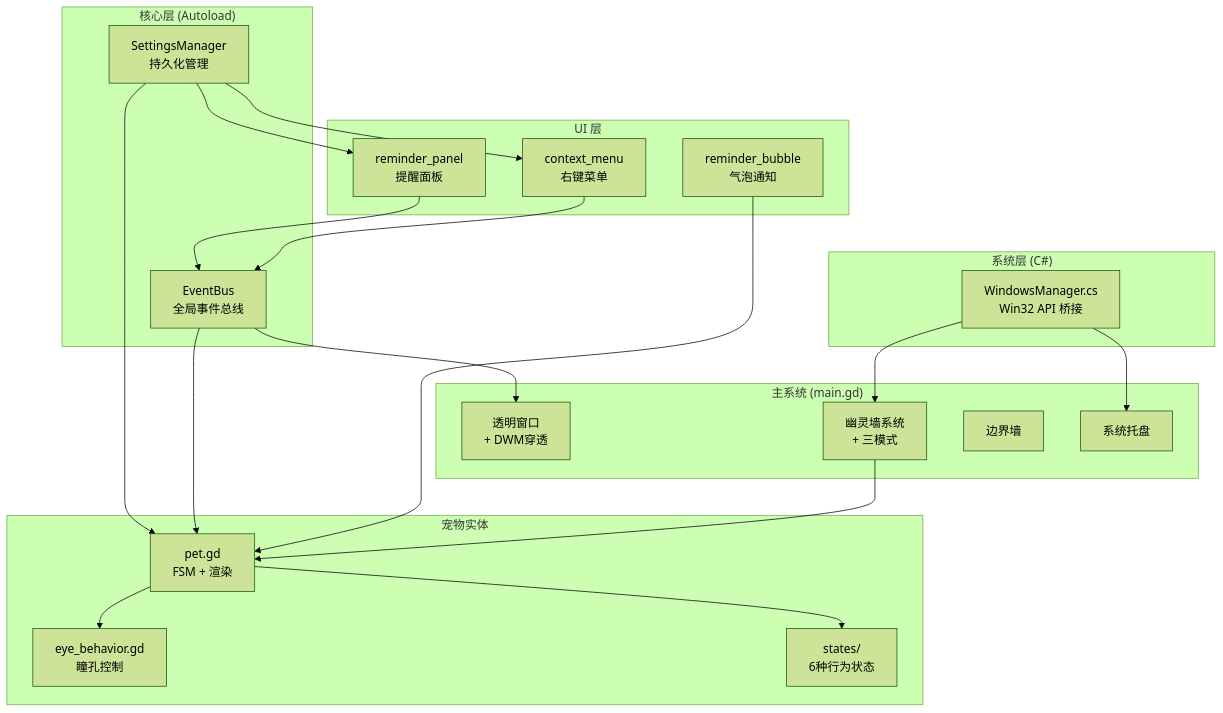
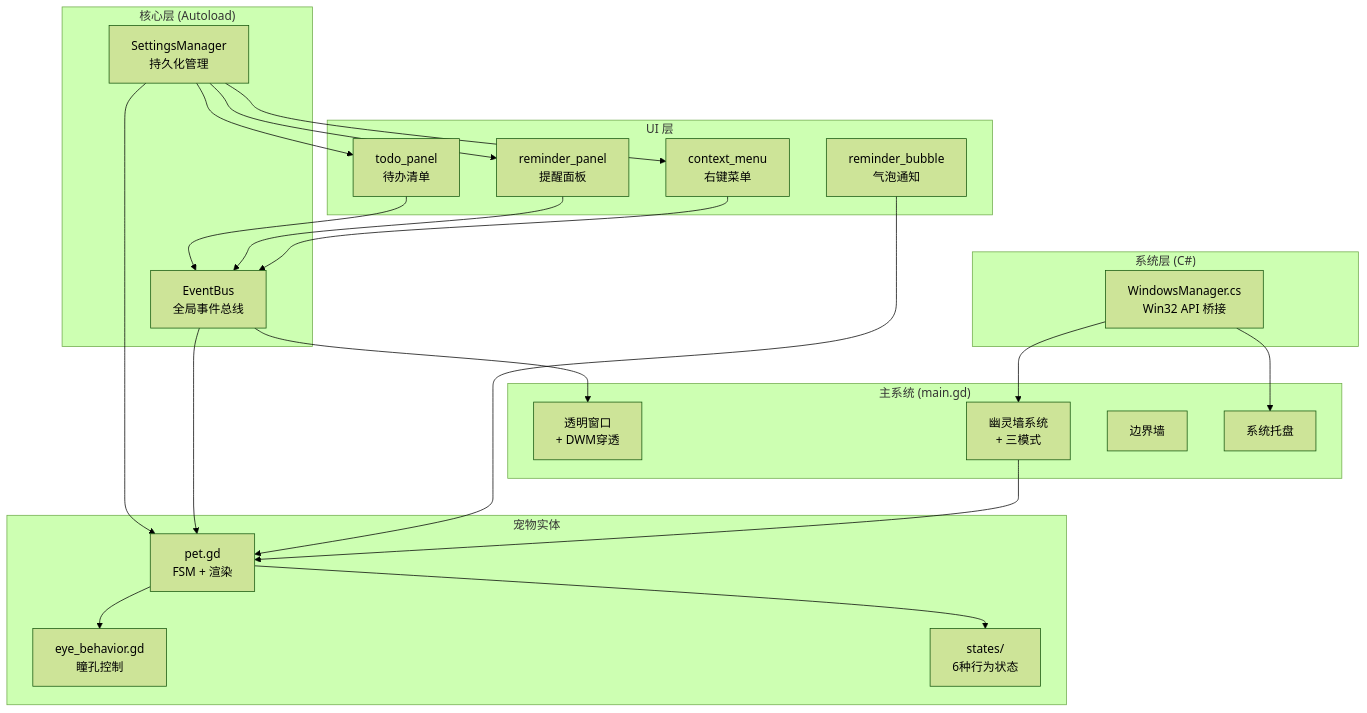
Before and after one commit to NightMin2002/GodotDesktopPet: the first of 3 diagrams in docs/01_项目架构.md, drawn with Mermaid (forest theme). The commit also changed other lines of this file and 6 other files, not shown here.

````diff
--- a/docs/01_项目架构.md
+++ b/docs/01_项目架构.md
@@ -348,44 +350,47 @@
 ```mermaid
 graph TD
     subgraph "系统层 (C#)"
         WM["WindowsManager.cs<br/>Win32 API 桥接"]
     end
 
     subgraph "核心层 (Autoload)"
         EB["EventBus<br/>全局事件总线"]
         SM["SettingsManager<br/>持久化管理"]
     end
 
     subgraph "主系统 (main.gd)"
         WIN["透明窗口<br/>+ DWM穿透"]
         GW["幽灵墙系统<br/>+ 三模式"]
         BND["边界墙"]
         TRAY["系统托盘"]
     end
 
     subgraph "宠物实体"
         PET["pet.gd<br/>FSM + 渲染"]
         EYE["eye_behavior.gd<br/>瞳孔控制"]
         ST["states/<br/>6种行为状态"]
     end
 
     subgraph "UI 层"
         CTX["context_menu<br/>右键菜单"]
         RMP["reminder_panel<br/>提醒面板"]
         RMB["reminder_bubble<br/>气泡通知"]
+        TODO["todo_panel<br/>待办清单"]
     end
 
     WM --> GW
     WM --> TRAY
     GW --> PET
     PET --> EYE
     PET --> ST
     CTX --> EB
     RMP --> EB
     RMB --> PET
     EB --> PET
     EB --> WIN
     SM --> CTX
     SM --> PET
     SM --> RMP
+    SM --> TODO
+    TODO --> EB
 ```
````
